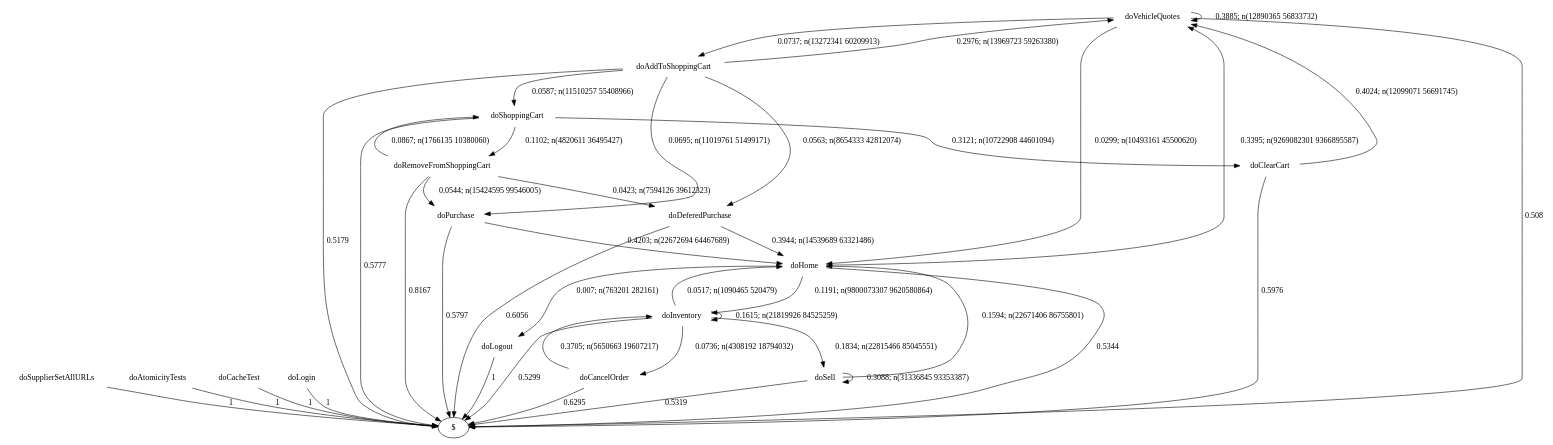
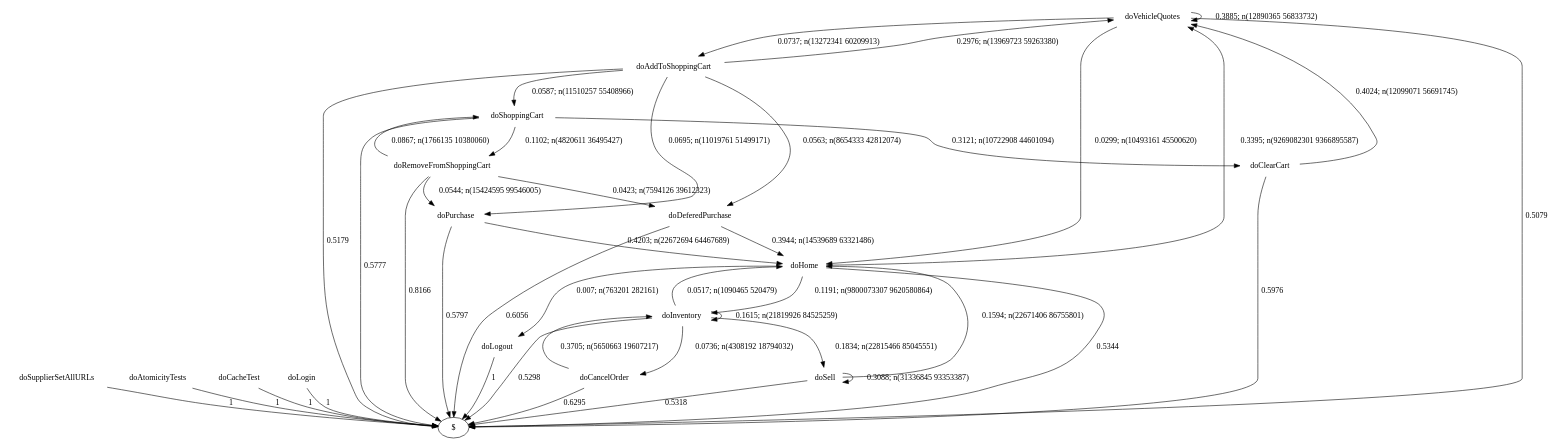
Before and after one commit to alperhi/wessbas.behaviorModelExtractor: the diagram in examples/specj/output/gen_graph.dot, drawn with Graphviz. The commit also changed 63 other files, not shown here.

```diff
--- a/examples/specj/output/gen_graph.dot
+++ b/examples/specj/output/gen_graph.dot
@@ -1,59 +1,59 @@
 digraph G {
 "doSupplierSetAllURLs" [label="doSupplierSetAllURLs",shape=none];
 "doAtomicityTests" [label="doAtomicityTests",shape=none];
 "doCacheTest" [label="doCacheTest",shape=none];
 "doLogin" [label="doLogin",shape=none];
 "doVehicleQuotes" [label="doVehicleQuotes",shape=none];
 "doAddToShoppingCart" [label="doAddToShoppingCart",shape=none];
 "doDeferedPurchase" [label="doDeferedPurchase",shape=none];
 "doHome" [label="doHome",shape=none];
 "doShoppingCart" [label="doShoppingCart",shape=none];
 "doClearCart" [label="doClearCart",shape=none];
 "doPurchase" [label="doPurchase",shape=none];
 "doInventory" [label="doInventory",shape=none];
 "doSell" [label="doSell",shape=none];
 "doLogout" [label="doLogout",shape=none];
 "doCancelOrder" [label="doCancelOrder",shape=none];
 "doRemoveFromShoppingCart" [label="doRemoveFromShoppingCart",shape=none];
 "doSupplierSetAllURLs"->"$" [style=solid,label="1"];
 "doAtomicityTests"->"$" [style=solid,label="1"];
 "doCacheTest"->"$" [style=solid,label="1"];
 "doLogin"->"$" [style=solid,label="1"];
 "doVehicleQuotes"->"doVehicleQuotes" [style=solid,label="0.3885; n(12890365 56833732)"];
 "doVehicleQuotes"->"doAddToShoppingCart" [style=solid,label="0.0737; n(13272341 60209913)"];
 "doVehicleQuotes"->"doHome" [style=solid,label="0.0299; n(10493161 45500620)"];
-"doVehicleQuotes"->"$" [style=solid,label="0.508"];
+"doVehicleQuotes"->"$" [style=solid,label="0.5079"];
 "doAddToShoppingCart"->"doVehicleQuotes" [style=solid,label="0.2976; n(13969723 59263380)"];
 "doAddToShoppingCart"->"doDeferedPurchase" [style=solid,label="0.0563; n(8654333 42812074)"];
 "doAddToShoppingCart"->"doShoppingCart" [style=solid,label="0.0587; n(11510257 55408966)"];
 "doAddToShoppingCart"->"doPurchase" [style=solid,label="0.0695; n(11019761 51499171)"];
 "doAddToShoppingCart"->"$" [style=solid,label="0.5179"];
 "doDeferedPurchase"->"doHome" [style=solid,label="0.3944; n(14539689 63321486)"];
 "doDeferedPurchase"->"$" [style=solid,label="0.6056"];
 "doHome"->"doVehicleQuotes" [style=solid,label="0.3395; n(9269082301 9366895587)"];
 "doHome"->"doInventory" [style=solid,label="0.1191; n(9800073307 9620580864)"];
 "doHome"->"doLogout" [style=solid,label="0.007; n(763201 282161)"];
 "doHome"->"$" [style=solid,label="0.5344"];
 "doShoppingCart"->"doClearCart" [style=solid,label="0.3121; n(10722908 44601094)"];
 "doShoppingCart"->"doRemoveFromShoppingCart" [style=solid,label="0.1102; n(4820611 36495427)"];
 "doShoppingCart"->"$" [style=solid,label="0.5777"];
 "doClearCart"->"doVehicleQuotes" [style=solid,label="0.4024; n(12099071 56691745)"];
 "doClearCart"->"$" [style=solid,label="0.5976"];
 "doPurchase"->"doHome" [style=solid,label="0.4203; n(22672694 64467689)"];
 "doPurchase"->"$" [style=solid,label="0.5797"];
 "doInventory"->"doHome" [style=solid,label="0.0517; n(1090465 520479)"];
 "doInventory"->"doInventory" [style=solid,label="0.1615; n(21819926 84525259)"];
 "doInventory"->"doSell" [style=solid,label="0.1834; n(22815466 85045551)"];
 "doInventory"->"doCancelOrder" [style=solid,label="0.0736; n(4308192 18794032)"];
-"doInventory"->"$" [style=solid,label="0.5299"];
+"doInventory"->"$" [style=solid,label="0.5298"];
 "doSell"->"doHome" [style=solid,label="0.1594; n(22671406 86755801)"];
 "doSell"->"doSell" [style=solid,label="0.3088; n(31336845 93353387)"];
-"doSell"->"$" [style=solid,label="0.5319"];
+"doSell"->"$" [style=solid,label="0.5318"];
 "doLogout"->"$" [style=solid,label="1"];
 "doCancelOrder"->"doInventory" [style=solid,label="0.3705; n(5650663 19607217)"];
 "doCancelOrder"->"$" [style=solid,label="0.6295"];
 "doRemoveFromShoppingCart"->"doDeferedPurchase" [style=solid,label="0.0423; n(7594126 39612323)"];
 "doRemoveFromShoppingCart"->"doShoppingCart" [style=solid,label="0.0867; n(1766135 10380060)"];
 "doRemoveFromShoppingCart"->"doPurchase" [style=solid,label="0.0544; n(15424595 99546005)"];
-"doRemoveFromShoppingCart"->"$" [style=solid,label="0.8167"];
+"doRemoveFromShoppingCart"->"$" [style=solid,label="0.8166"];
 }
```
